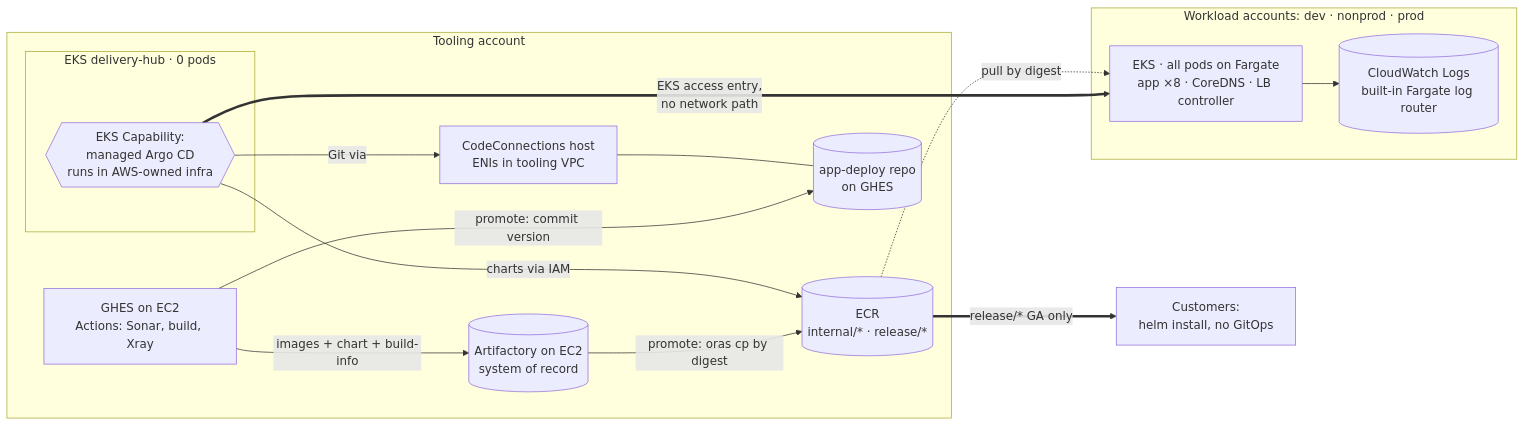
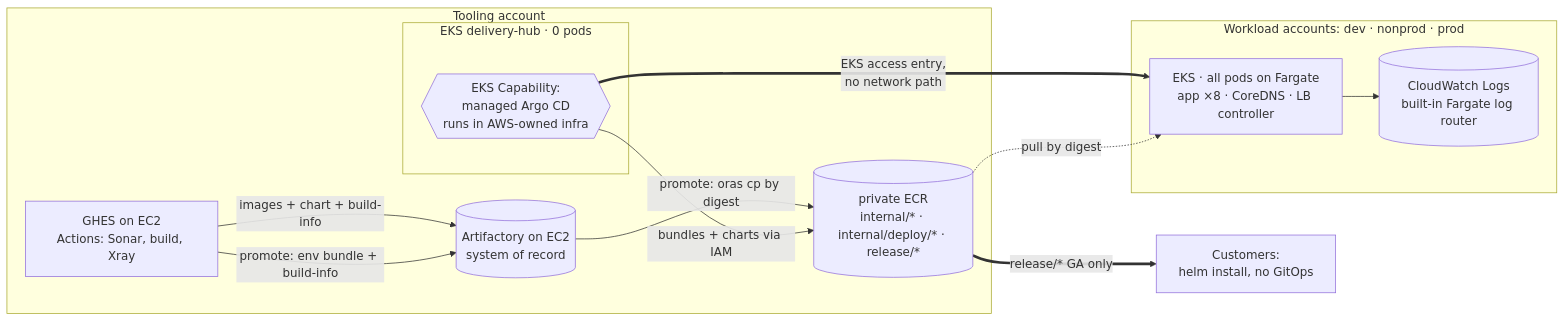
The first of 2 diagrams in docs/proposal/design.md (sholtomaud/GHES-EKS-zero-downtime-deployments), drawn with Mermaid before and after one commit. The commit also changed other lines of this file and 45 other files, not shown here.

First line of the commit message:
delivery: managed Argo CD reads env bundles from private ECR; drop Git source

````diff
--- a/docs/proposal/design.md
+++ b/docs/proposal/design.md
@@ -30,22 +30,20 @@
 ```mermaid
 flowchart LR
   subgraph tooling[Tooling account]
     ghes[GHES on EC2<br/>Actions: Sonar, build, Xray] -->|images + chart + build-info| art[(Artifactory on EC2<br/>system of record)]
-    art -->|promote: oras cp by digest| ecr[(ECR<br/>internal/* · release/*)]
-    ghes -->|promote: commit version| repo[(app-deploy repo<br/>on GHES)]
-    cc[CodeConnections host<br/>ENIs in tooling VPC] --- repo
+    ghes -->|promote: env bundle + build-info| art
+    art -->|promote: oras cp by digest| ecr[(private ECR<br/>internal/* · internal/deploy/* · release/*)]
     subgraph hub[EKS delivery-hub · 0 pods]
       argo{{EKS Capability:<br/>managed Argo CD<br/>runs in AWS-owned infra}}
     end
-    argo -->|Git via| cc
-    argo -->|charts via IAM| ecr
+    argo -->|bundles + charts via IAM| ecr
   end
   subgraph wl[Workload accounts: dev · nonprod · prod]
     eks[EKS · all pods on Fargate<br/>app ×8 · CoreDNS · LB controller]
     cw[(CloudWatch Logs<br/>built-in Fargate log router)]
     eks --> cw
   end
   argo ==>|EKS access entry,<br/>no network path| eks
   ecr -. pull by digest .-> eks
   ecr ==>|release/* GA only| cust[Customers:<br/>helm install, no GitOps]
 ```
````
